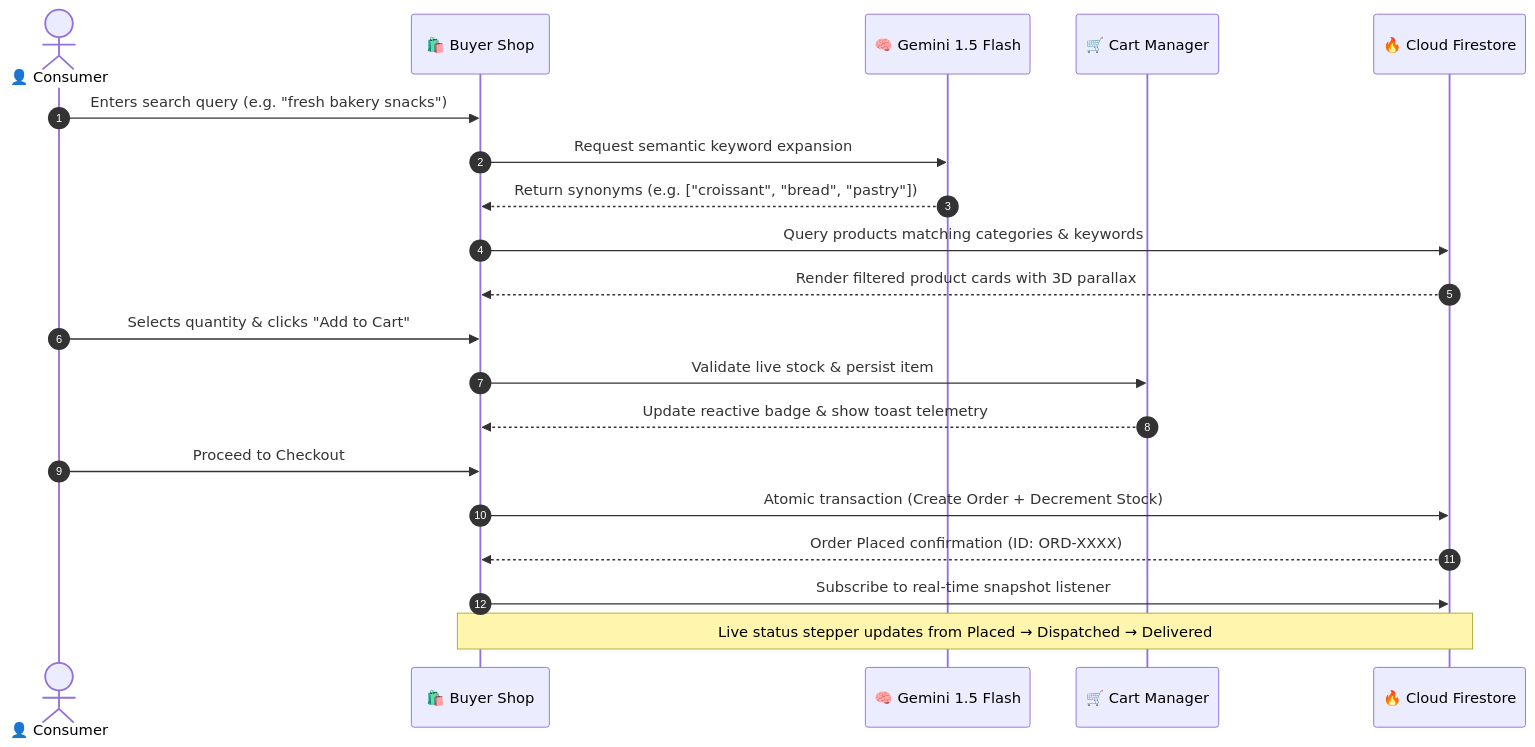
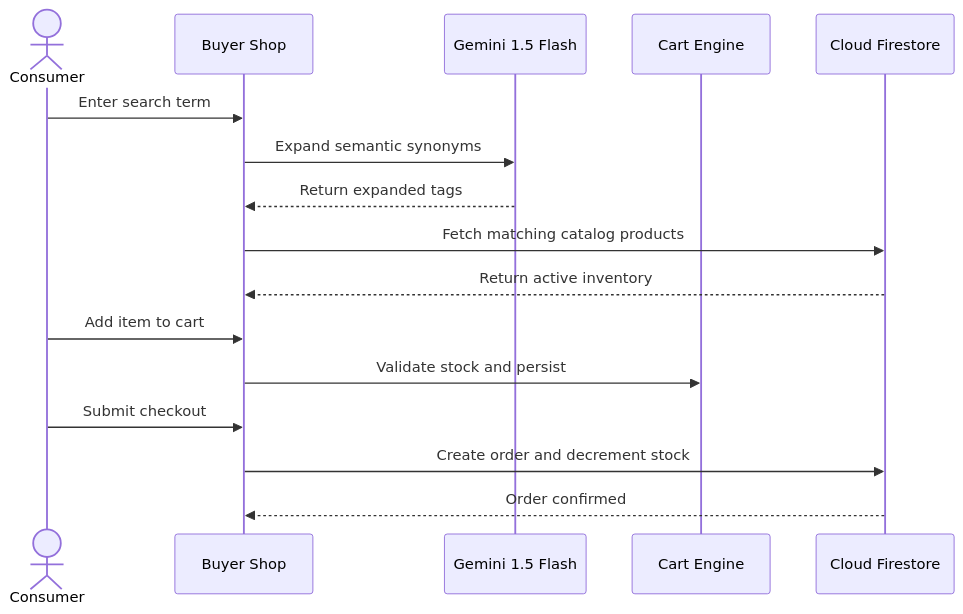
Before and after one commit to ameydongre10/-VendorHub-Hyperlocal-Multi-Vendor-E-Commerce-: the second of 3 diagrams in README.md, drawn with Mermaid. The commit also changed other lines of this file and 2 other files, not shown here.

Commit message:
docs: optimize architecture diagrams with native ASCII topologies for universal GitHub rendering

````diff
--- a/README.md
+++ b/README.md
@@ -79,23 +100,19 @@
 ```mermaid
 sequenceDiagram
-    autonumber
-    actor Buyer as 👤 Consumer
-    participant UI as 🛍️ Buyer Shop
-    participant AI as 🧠 Gemini 1.5 Flash
-    participant Cart as 🛒 Cart Manager
-    participant DB as 🔥 Cloud Firestore
+    actor Buyer as Consumer
+    participant UI as Buyer Shop
+    participant AI as Gemini 1.5 Flash
+    participant Cart as Cart Engine
+    participant DB as Cloud Firestore
 
-    Buyer->>UI: Enters search query (e.g. "fresh bakery snacks")
-    UI->>AI: Request semantic keyword expansion
-    AI-->>UI: Return synonyms (e.g. ["croissant", "bread", "pastry"])
-    UI->>DB: Query products matching categories & keywords
-    DB-->>UI: Render filtered product cards with 3D parallax
-    Buyer->>UI: Selects quantity & clicks "Add to Cart"
-    UI->>Cart: Validate live stock & persist item
-    Cart-->>UI: Update reactive badge & show toast telemetry
-    Buyer->>UI: Proceed to Checkout
-    UI->>DB: Atomic transaction (Create Order + Decrement Stock)
-    DB-->>UI: Order Placed confirmation (ID: ORD-XXXX)
-    UI->>DB: Subscribe to real-time snapshot listener
-    Note over UI,DB: Live status stepper updates from Placed → Dispatched → Delivered
+    Buyer->>UI: Enter search term
+    UI->>AI: Expand semantic synonyms
+    AI-->>UI: Return expanded tags
+    UI->>DB: Fetch matching catalog products
+    DB-->>UI: Return active inventory
+    Buyer->>UI: Add item to cart
+    UI->>Cart: Validate stock and persist
+    Buyer->>UI: Submit checkout
+    UI->>DB: Create order and decrement stock
+    DB-->>UI: Order confirmed
 ```
````
